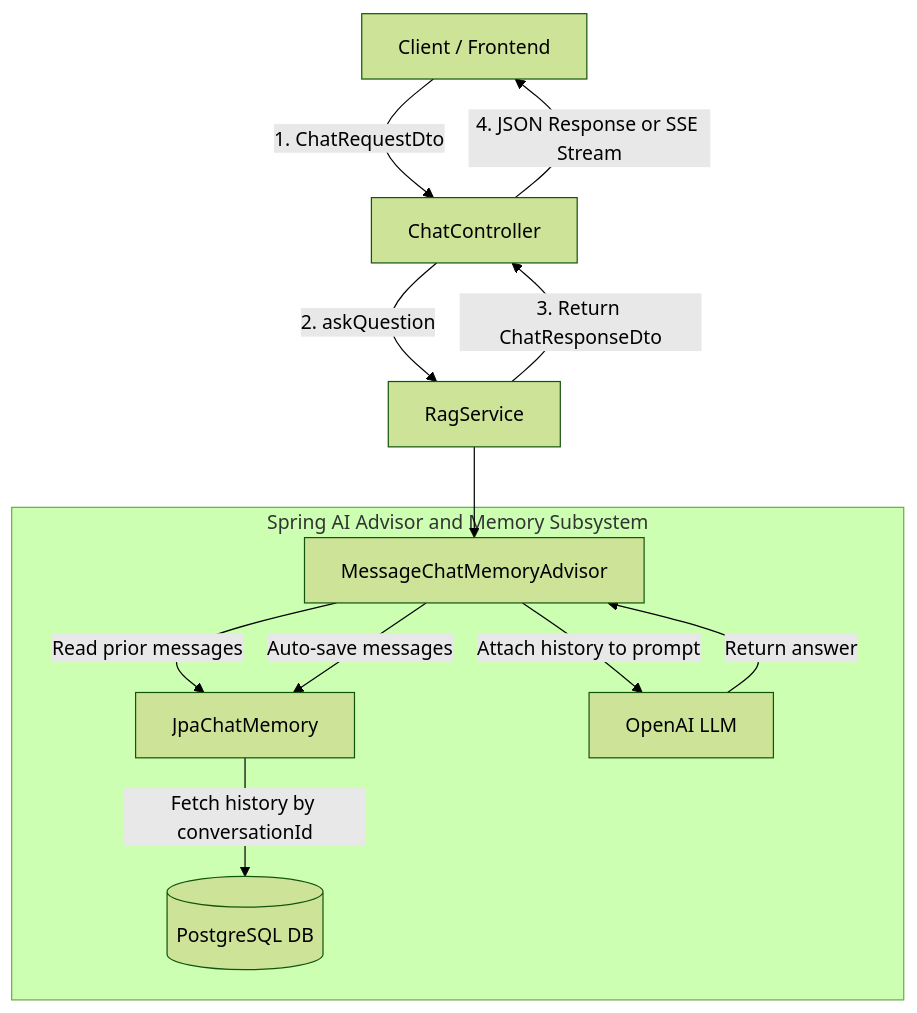
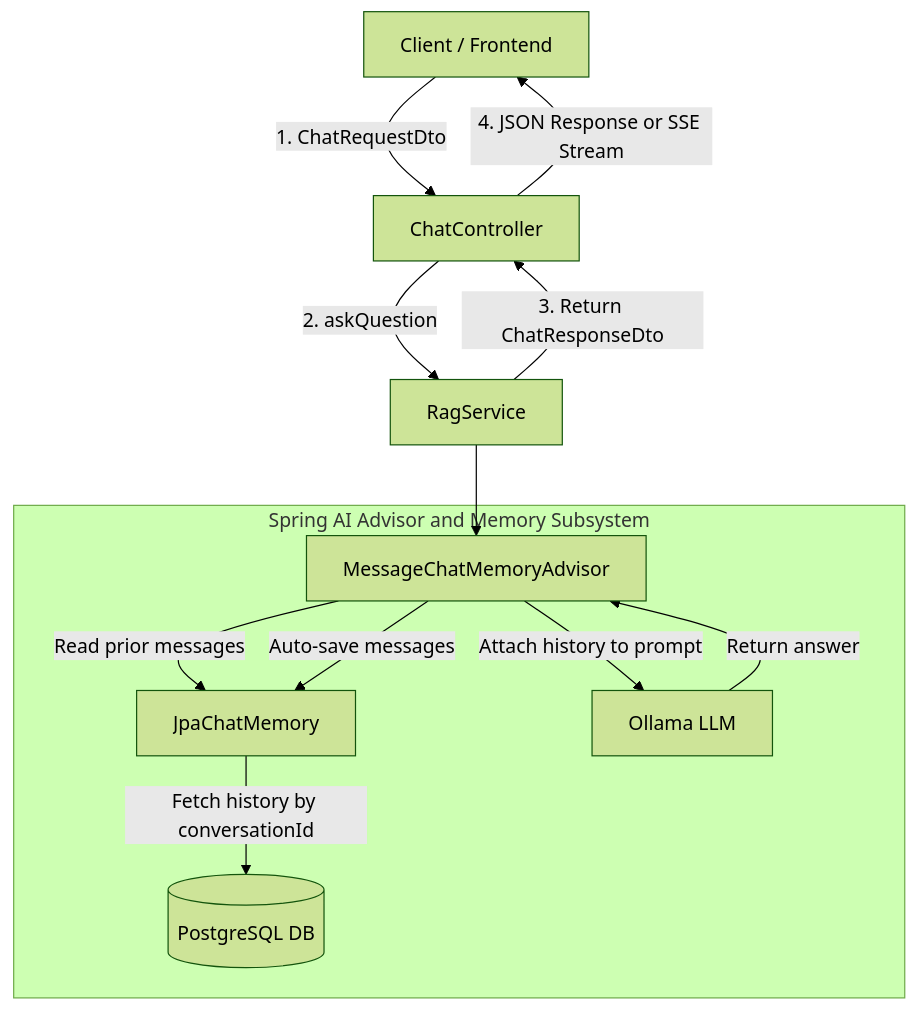
Before and after one commit to Sagar7266/docmind-rag-based-project-main: the first of 4 diagrams in docs/CHAT_MEMORY_DB_ARCHITECTURE.md, drawn with Mermaid (forest theme). The commit also changed other lines of this file and 18 other files, not shown here.

````diff
--- a/docs/CHAT_MEMORY_DB_ARCHITECTURE.md
+++ b/docs/CHAT_MEMORY_DB_ARCHITECTURE.md
@@ -9,22 +9,22 @@
 ```mermaid
 graph TD
     User["Client / Frontend"] -->|1. ChatRequestDto| Controller["ChatController"]
     Controller -->|2. askQuestion| RagService["RagService"]
     
     subgraph SpringAI["Spring AI Advisor and Memory Subsystem"]
         Advisor["MessageChatMemoryAdvisor"]
         ChatMem["JpaChatMemory"]
         DB[("PostgreSQL DB")]
-        LLM["OpenAI LLM"]
+        LLM["Ollama LLM"]
 
         Advisor -->|Read prior messages| ChatMem
         ChatMem -->|Fetch history by conversationId| DB
         Advisor -->|Attach history to prompt| LLM
         LLM -->|Return answer| Advisor
         Advisor -->|Auto-save messages| ChatMem
     end
     
     RagService --> Advisor
     RagService -->|3. Return ChatResponseDto| Controller
     Controller -->|4. JSON Response or SSE Stream| User
 ```
````
